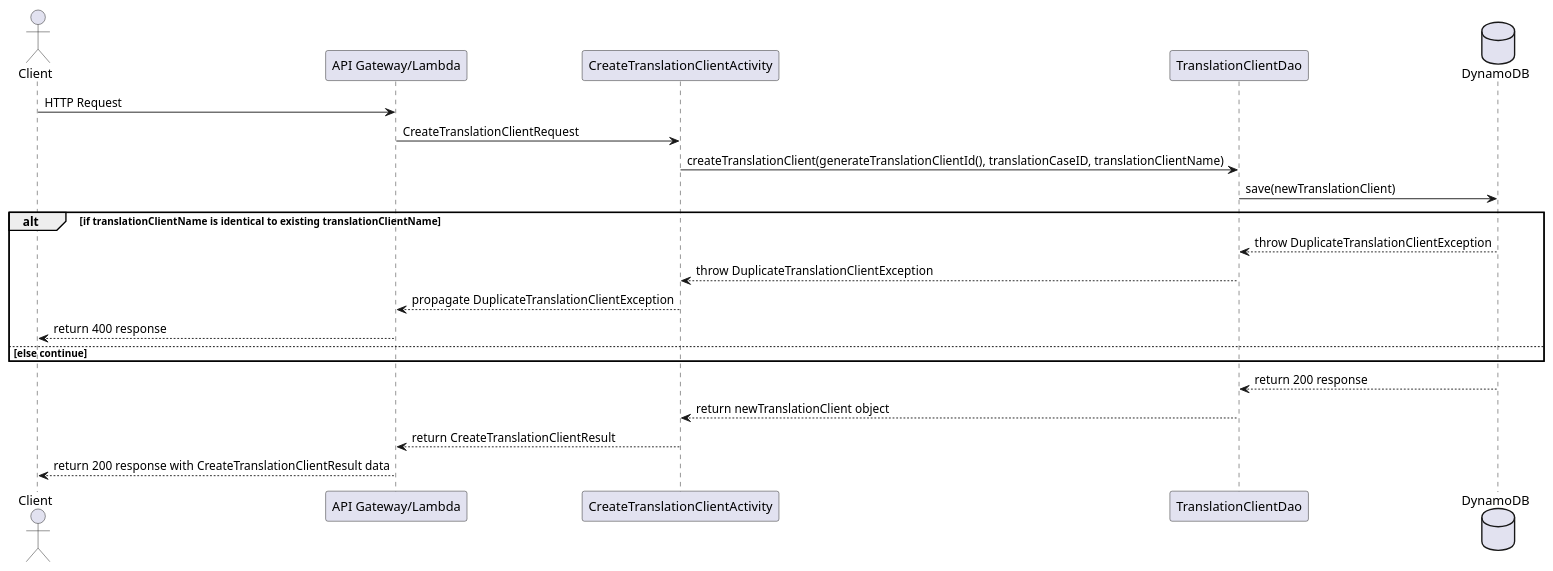
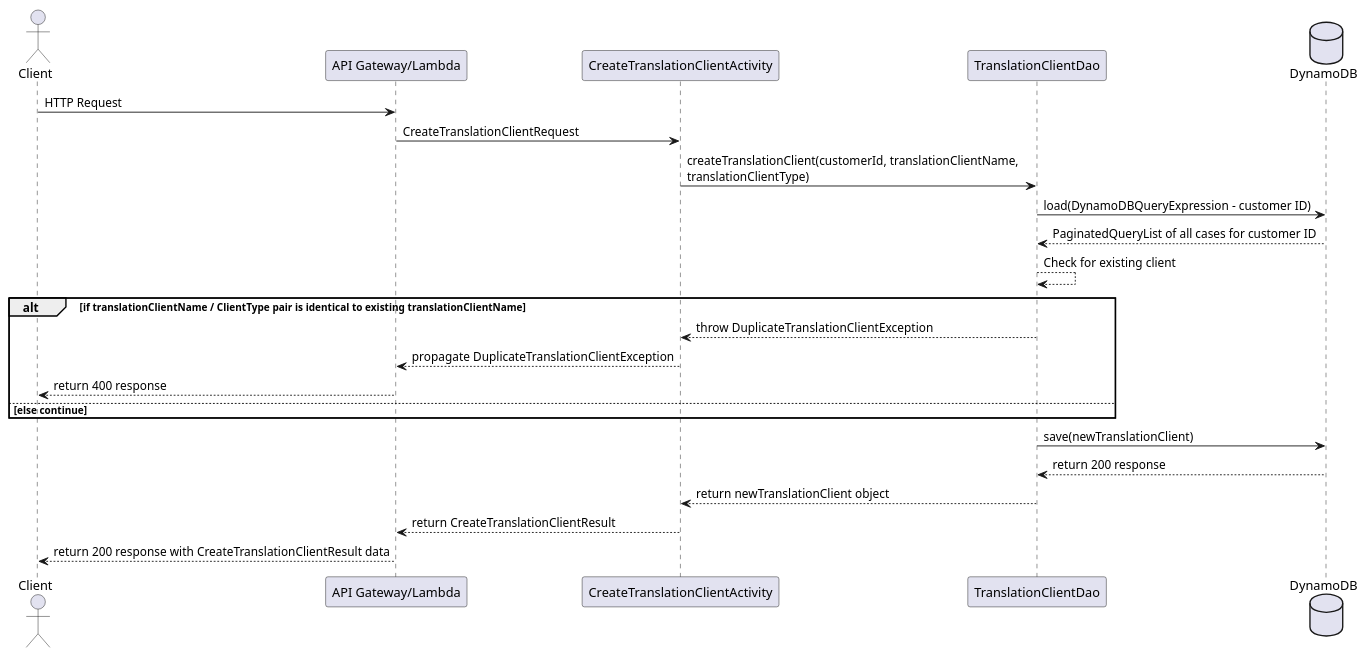
The diagram in resources/CreateTranslationClient-Sequence.puml (usedtothink/translation-tracker), drawn with PlantUML before and after one commit. The commit also changed 30 other files, not shown here.

```diff
--- a/resources/CreateTranslationClient-Sequence.puml
+++ b/resources/CreateTranslationClient-Sequence.puml
@@ -1,28 +1,32 @@
 @startuml
 
 actor Client
 participant "API Gateway/Lambda"
 participant CreateTranslationClientActivity
 participant TranslationClientDao
 database    DynamoDB
 
 Client -> "API Gateway/Lambda" : HTTP Request
 "API Gateway/Lambda" -> CreateTranslationClientActivity : CreateTranslationClientRequest
 
-CreateTranslationClientActivity -> TranslationClientDao : createTranslationClient(generateTranslationClientId(), translationCaseID, translationClientName)
-TranslationClientDao -> DynamoDB : save(newTranslationClient)
+CreateTranslationClientActivity -> TranslationClientDao : createTranslationClient(customerId, translationClientName, \ntranslationClientType)
+TranslationClientDao -> DynamoDB : load(DynamoDBQueryExpression - customer ID)
+DynamoDB --> TranslationClientDao: PaginatedQueryList of all cases for customer ID
+TranslationClientDao --> TranslationClientDao : Check for existing client
 
-alt if translationClientName is identical to existing translationClientName
-    DynamoDB --> TranslationClientDao: throw DuplicateTranslationClientException
+
+alt if translationClientName / ClientType pair is identical to existing translationClientName
     TranslationClientDao --> CreateTranslationClientActivity: throw DuplicateTranslationClientException
     CreateTranslationClientActivity --> "API Gateway/Lambda": propagate DuplicateTranslationClientException
     "API Gateway/Lambda" --> Client : return 400 response
 else else continue
 end
+
+TranslationClientDao -> DynamoDB : save(newTranslationClient)
 
 DynamoDB --> TranslationClientDao : return 200 response
 TranslationClientDao --> CreateTranslationClientActivity : return newTranslationClient object
 CreateTranslationClientActivity --> "API Gateway/Lambda" : return CreateTranslationClientResult
 "API Gateway/Lambda" --> Client : return 200 response with CreateTranslationClientResult data
 
 @enduml
```
